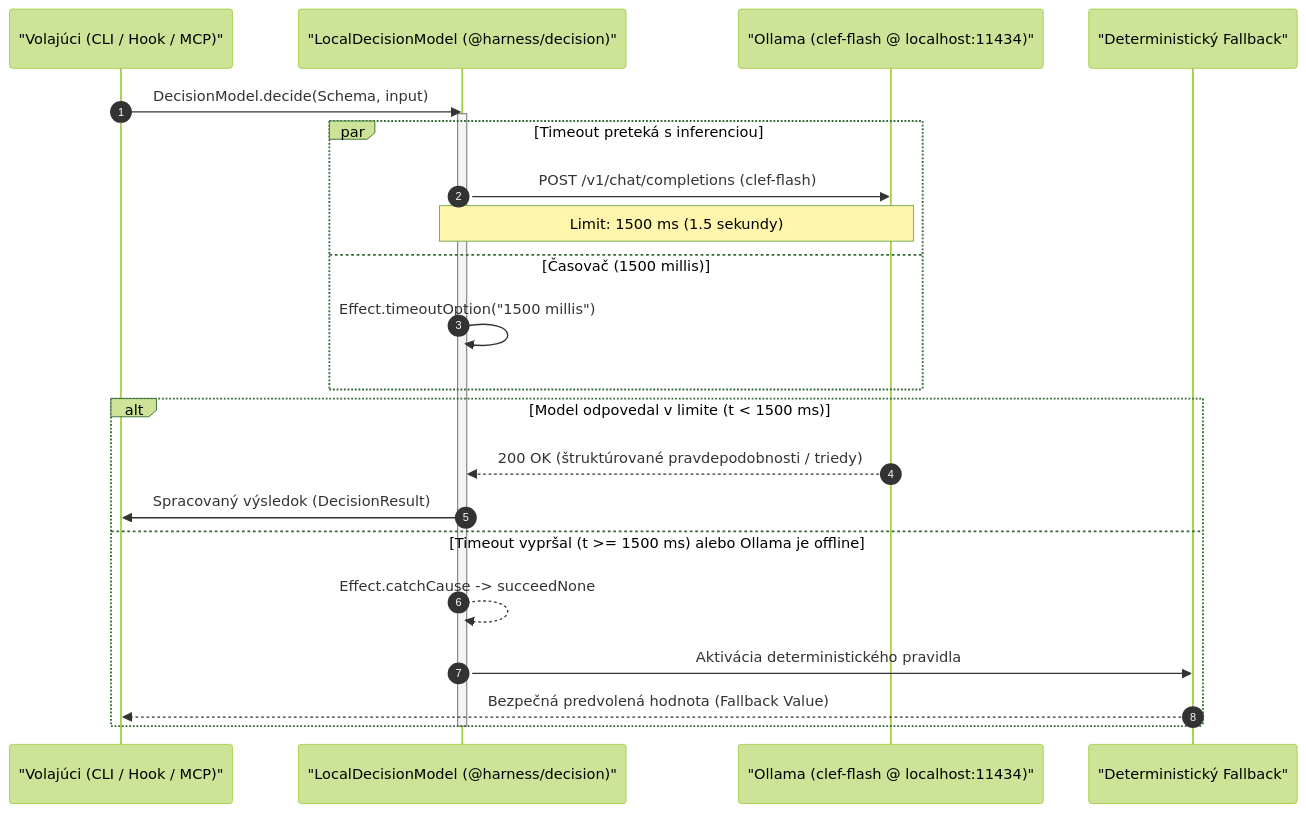
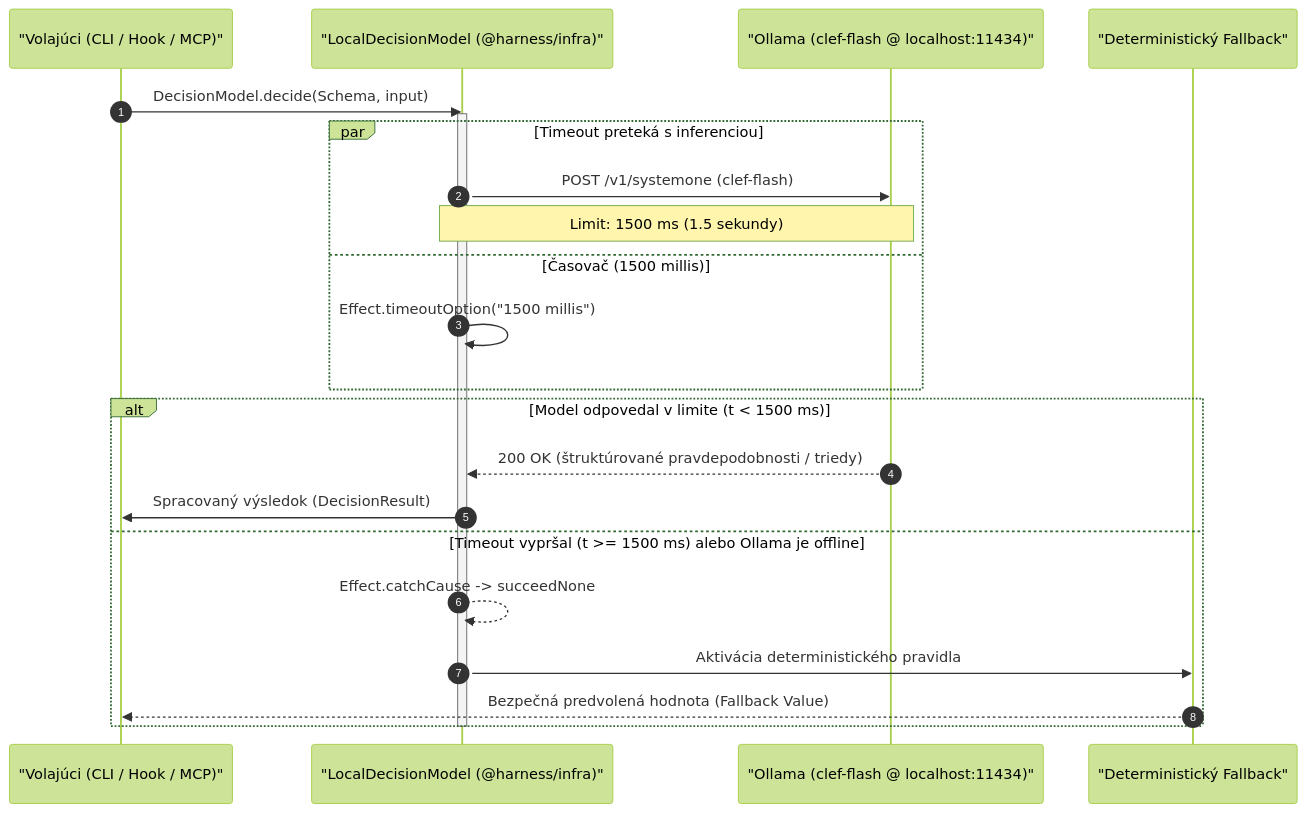
Before and after one commit to selmeci/effect-ts-harness: the third of 5 diagrams in docs/architecture-and-workflow.md, drawn with Mermaid (forest theme). The commit also changed other lines of this file and 323 other files, not shown here.

First line of the commit message:
feat(harness): close five-tier hexagonal Effect v4 architecture (#28)

````diff
--- a/docs/architecture-and-workflow.md
+++ b/docs/architecture-and-workflow.md
@@ -335,28 +350,28 @@
 ```mermaid
 sequenceDiagram
     autonumber
     participant Caller as "Volajúci (CLI / Hook / MCP)"
-    participant Layer as "LocalDecisionModel (@harness/decision)"
+    participant Layer as "LocalDecisionModel (@harness/infra)"
     participant Ollama as "Ollama (clef-flash @ localhost:11434)"
     participant Fallback as "Deterministický Fallback"
 
     Caller->>Layer: DecisionModel.decide(Schema, input)
     activate Layer
 
     par Timeout preteká s inferenciou
-        Layer->>Ollama: POST /v1/chat/completions (clef-flash)
+        Layer->>Ollama: POST /v1/systemone (clef-flash)
         Note over Layer,Ollama: Limit: 1500 ms (1.5 sekundy)
     and Časovač (1500 millis)
         Layer->>Layer: Effect.timeoutOption("1500 millis")
     end
 
     alt Model odpovedal v limite (t < 1500 ms)
         Ollama-->>Layer: 200 OK (štruktúrované pravdepodobnosti / triedy)
         Layer->>Caller: Spracovaný výsledok (DecisionResult)
     else Timeout vypršal (t >= 1500 ms) alebo Ollama je offline
         Layer-->>Layer: Effect.catchCause -> succeedNone
         Layer->>Fallback: Aktivácia deterministického pravidla
         Fallback-->>Caller: Bezpečná predvolená hodnota (Fallback Value)
     end
     deactivate Layer
 ```
````
